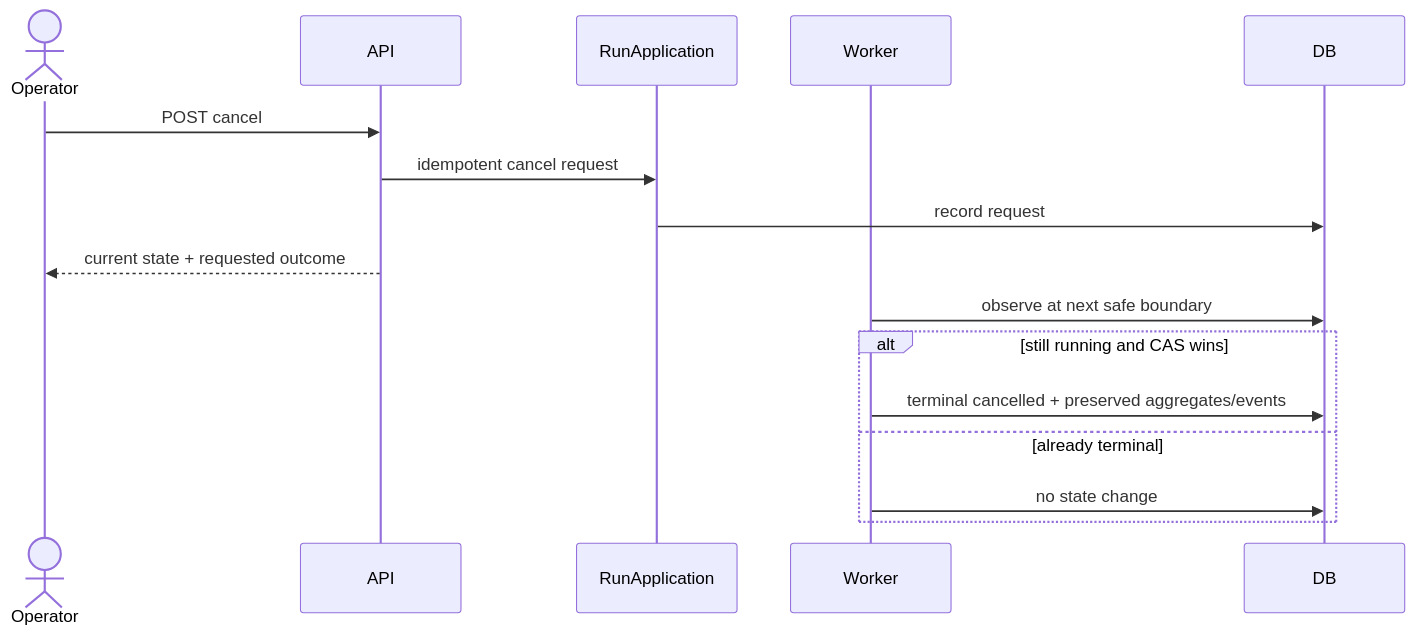
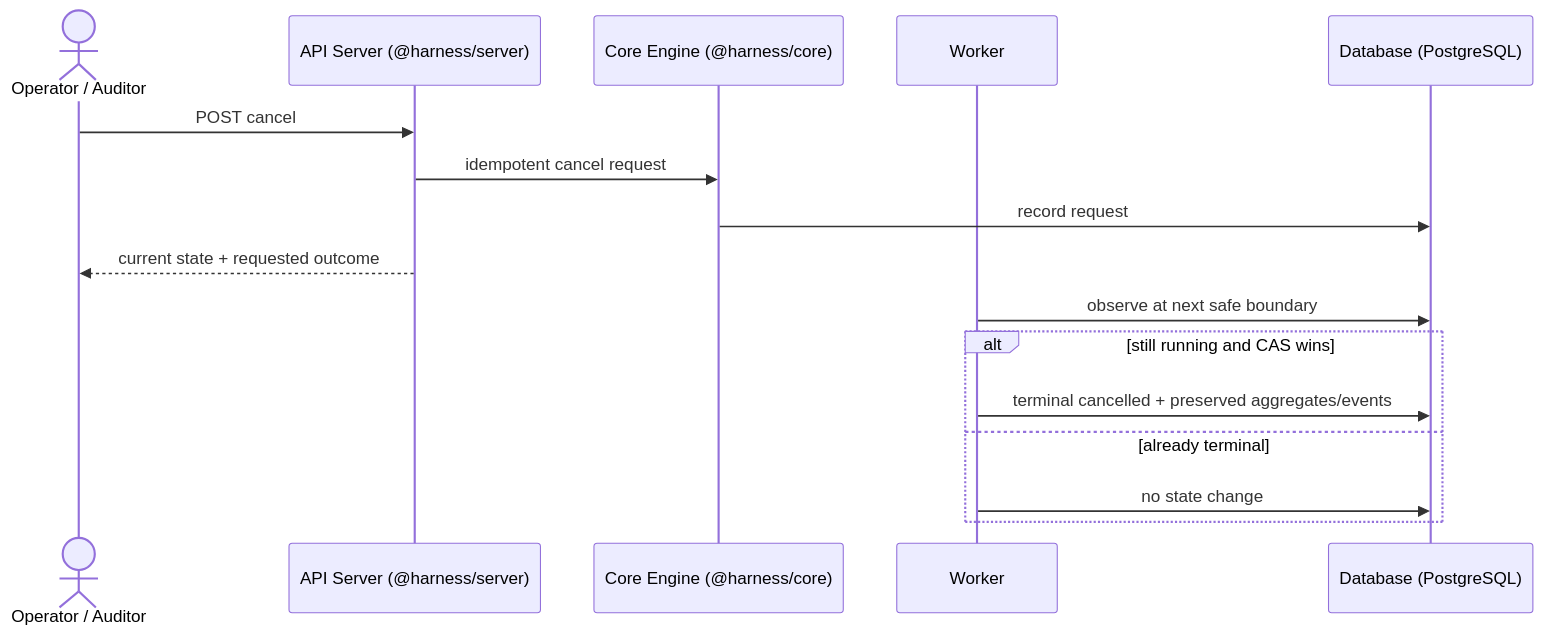
Before and after one commit to DATN-K23/harness: the fifth of 7 diagrams in blueprint/architecture/sequences.md, drawn with Mermaid. The commit also changed other lines of this file and 4 other files, not shown here.

Commit message:
docs(blueprint): standardize core identity, tech stack, and architectural sequences

````diff
--- a/blueprint/architecture/sequences.md
+++ b/blueprint/architecture/sequences.md
@@ -144,18 +149,18 @@
 ```mermaid
 sequenceDiagram
-  actor U as Operator
-  participant API
-  participant APP as RunApplication
+  actor U as Operator / Auditor
+  participant API as API Server (@harness/server)
+  participant APP as Core Engine (@harness/core)
   participant W as Worker
-  participant DB
+  participant DB as Database (PostgreSQL)
   U->>API: POST cancel
   API->>APP: idempotent cancel request
   APP->>DB: record request
   API-->>U: current state + requested outcome
   W->>DB: observe at next safe boundary
   alt still running and CAS wins
     W->>DB: terminal cancelled + preserved aggregates/events
   else already terminal
     W->>DB: no state change
   end
 ```
````
